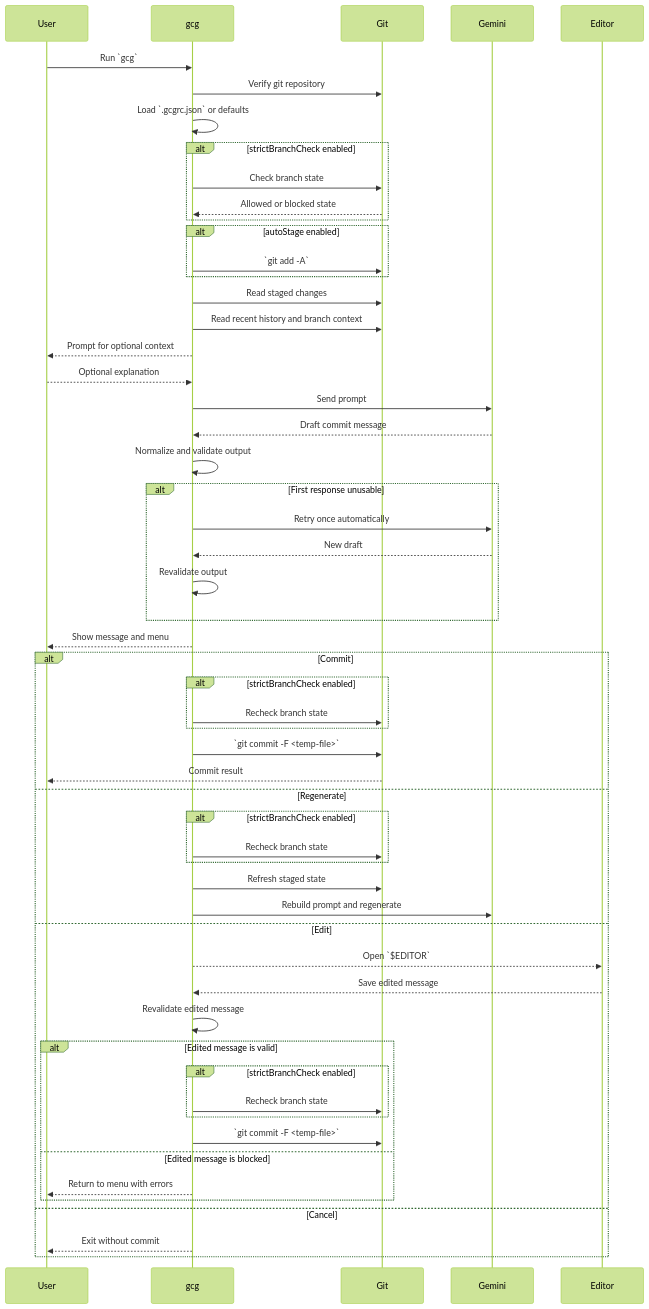
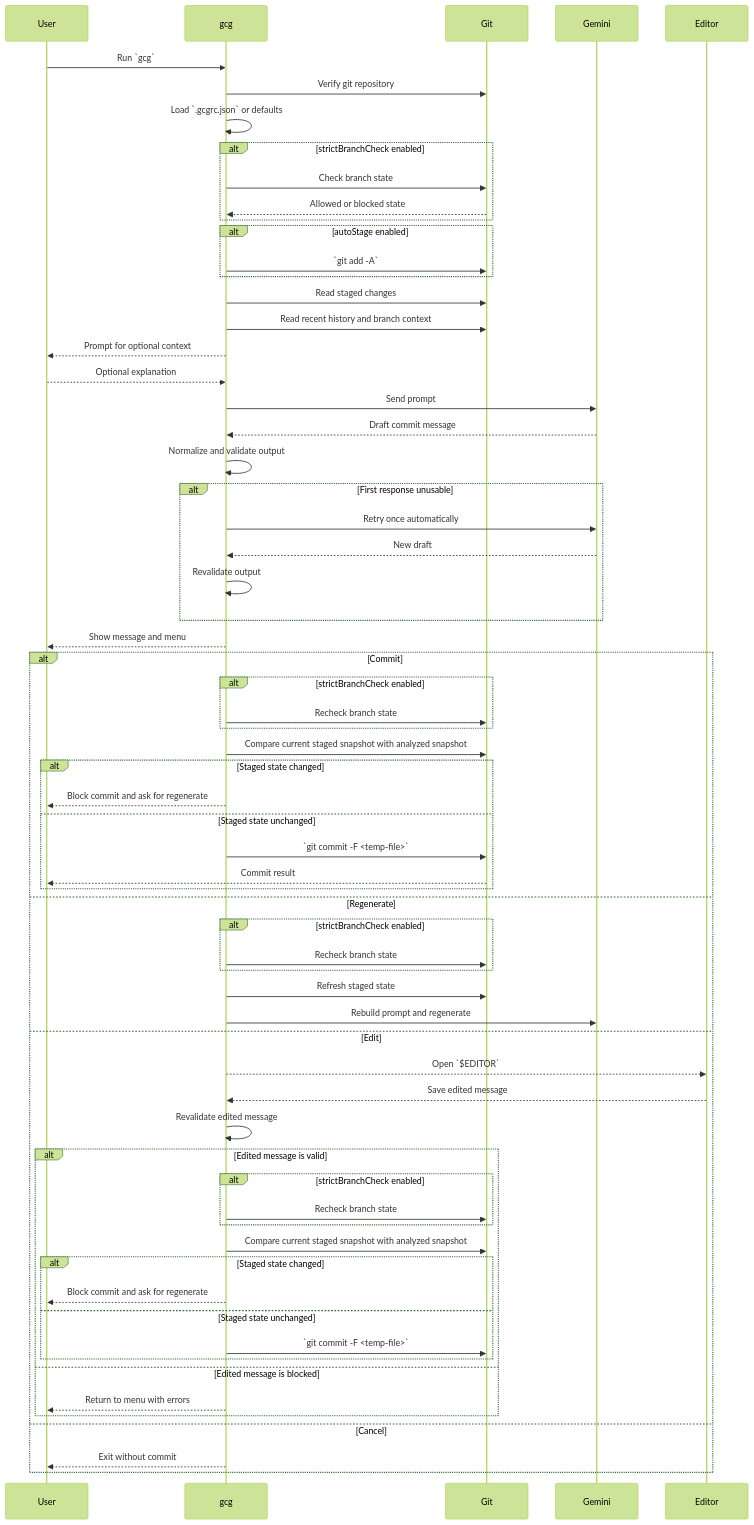
One commit to JinUng41/gemini-commit-generator changed the diagram in docs/workflow.md. Above: the diagram before and after it, drawn with Mermaid (forest theme). The commit also changed other lines of this file and 11 other files, not shown here.

````diff
--- a/docs/workflow.md
+++ b/docs/workflow.md
@@ -22,65 +22,75 @@
 ```mermaid
 sequenceDiagram
     participant User
     participant GCG as gcg
     participant Git
     participant Gemini
     participant Editor
 
     User->>GCG: Run `gcg`
     GCG->>Git: Verify git repository
     GCG->>GCG: Load `.gcgrc.json` or defaults
 
     alt strictBranchCheck enabled
         GCG->>Git: Check branch state
         Git-->>GCG: Allowed or blocked state
     end
 
     alt autoStage enabled
         GCG->>Git: `git add -A`
     end
 
     GCG->>Git: Read staged changes
     GCG->>Git: Read recent history and branch context
     GCG-->>User: Prompt for optional context
     User-->>GCG: Optional explanation
     GCG->>Gemini: Send prompt
     Gemini-->>GCG: Draft commit message
     GCG->>GCG: Normalize and validate output
 
     alt First response unusable
         GCG->>Gemini: Retry once automatically
         Gemini-->>GCG: New draft
         GCG->>GCG: Revalidate output
     end
 
     GCG-->>User: Show message and menu
 
     alt Commit
         alt strictBranchCheck enabled
             GCG->>Git: Recheck branch state
         end
-        GCG->>Git: `git commit -F <temp-file>`
-        Git-->>User: Commit result
+        GCG->>Git: Compare current staged snapshot with analyzed snapshot
+        alt Staged state changed
+            GCG-->>User: Block commit and ask for regenerate
+        else Staged state unchanged
+            GCG->>Git: `git commit -F <temp-file>`
+            Git-->>User: Commit result
+        end
     else Regenerate
         alt strictBranchCheck enabled
             GCG->>Git: Recheck branch state
         end
         GCG->>Git: Refresh staged state
         GCG->>Gemini: Rebuild prompt and regenerate
     else Edit
         GCG-->>Editor: Open `$EDITOR`
         Editor-->>GCG: Save edited message
         GCG->>GCG: Revalidate edited message
         alt Edited message is valid
             alt strictBranchCheck enabled
                 GCG->>Git: Recheck branch state
             end
-            GCG->>Git: `git commit -F <temp-file>`
+            GCG->>Git: Compare current staged snapshot with analyzed snapshot
+            alt Staged state changed
+                GCG-->>User: Block commit and ask for regenerate
+            else Staged state unchanged
+                GCG->>Git: `git commit -F <temp-file>`
+            end
         else Edited message is blocked
             GCG-->>User: Return to menu with errors
         end
     else Cancel
         GCG-->>User: Exit without commit
     end
 ```
````
